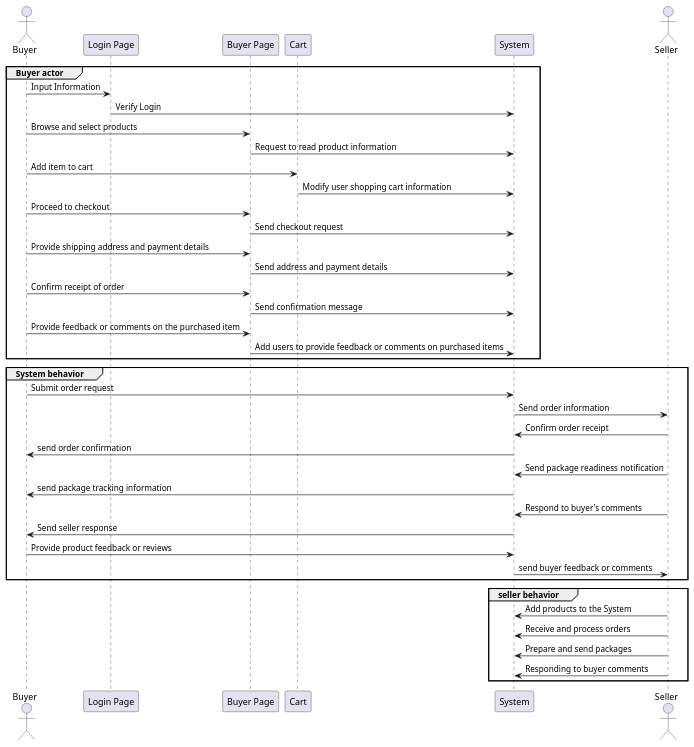
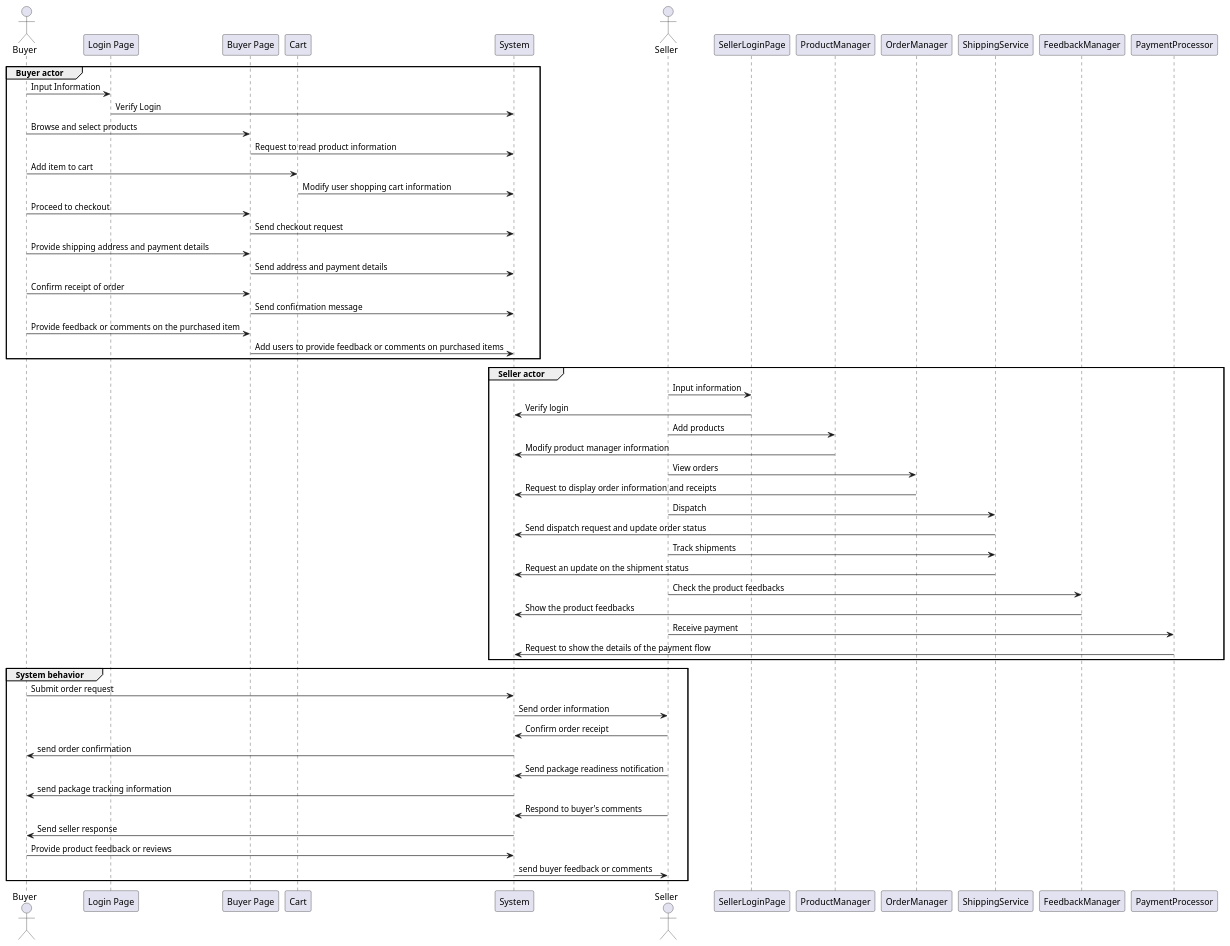
Before and after one commit to HouV001/sequence_diagram_of_secondhand_market: the diagram in sq.puml, drawn with PlantUML.

```diff
--- a/sq.puml
+++ b/sq.puml
@@ -1,51 +1,68 @@
 @startuml
 actor Buyer
 participant "Login Page" as LoginPage
 participant "Buyer Page" as BuyerPage
 participant "Cart" as Cart
 
 
 participant "System" as System
 
 
 
 actor Seller
 
 group Buyer actor
 Buyer -> LoginPage: Input Information
 LoginPage -> System: Verify Login
 Buyer -> BuyerPage: Browse and select products
 BuyerPage -> System: Request to read product information
 Buyer -> Cart: Add item to cart
 Cart -> System: Modify user shopping cart information
 Buyer -> BuyerPage: Proceed to checkout
 BuyerPage -> System: Send checkout request
 Buyer -> BuyerPage: Provide shipping address and payment details
 BuyerPage -> System: Send address and payment details
 Buyer -> BuyerPage: Confirm receipt of order
 BuyerPage -> System: Send confirmation message
 Buyer -> BuyerPage: Provide feedback or comments on the purchased item
 BuyerPage -> System: Add users to provide feedback or comments on purchased items
 end
 
+group Seller actor
+Seller -> SellerLoginPage: Input information
+SellerLoginPage -> System: Verify login
+Seller -> ProductManager: Add products
+ProductManager -> System: Modify product manager information
+Seller -> OrderManager: View orders
+OrderManager -> System: Request to display order information and receipts
+Seller -> ShippingService: Dispatch
+ShippingService -> System: Send dispatch request and update order status
+Seller -> ShippingService: Track shipments
+ShippingService -> System: Request an update on the shipment status
+Seller -> FeedbackManager: Check the product feedbacks
+FeedbackManager -> System: Show the product feedbacks
+Seller -> PaymentProcessor: Receive payment
+PaymentProcessor -> System: Request to show the details of the payment flow
+end
+
 group System behavior
 Buyer -> System: Submit order request
 System -> Seller: Send order information
 Seller -> System: Confirm order receipt
 System -> Buyer: send order confirmation
 Seller -> System: Send package readiness notification
 System -> Buyer: send package tracking information
 Seller -> System: Respond to buyer's comments
 System -> Buyer: Send seller response
 Buyer -> System: Provide product feedback or reviews
 System -> Seller: send buyer feedback or comments
 end
 
-Group seller behavior
-Seller -> System: Add products to the System
-Seller -> System: Receive and process orders
-Seller -> System: Prepare and send packages
-Seller -> System: Responding to buyer comments
-end
+'group seller behavior
+'Seller -> System: Add products to the System
+'Seller -> System: Receive and process orders
+'Seller -> System: Prepare and send packages
+'Seller -> System: Responding to buyer comments
+'end
 
 @enduml
```
